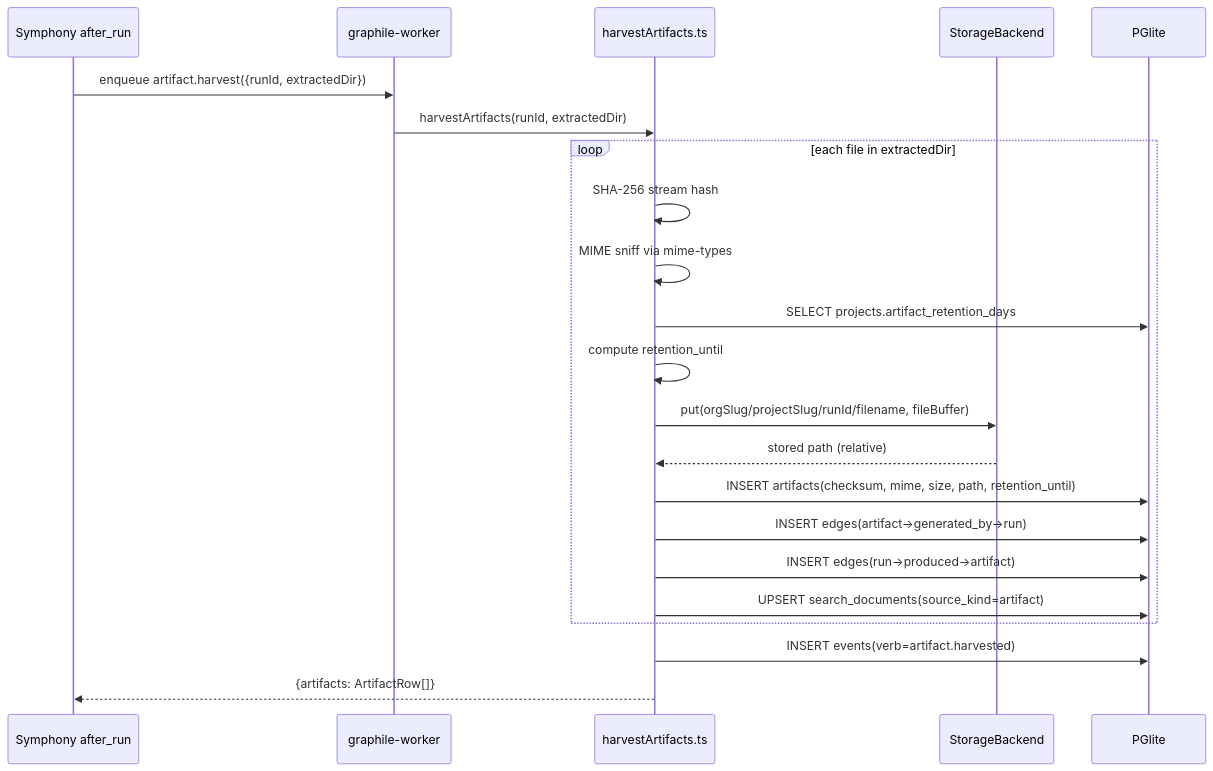
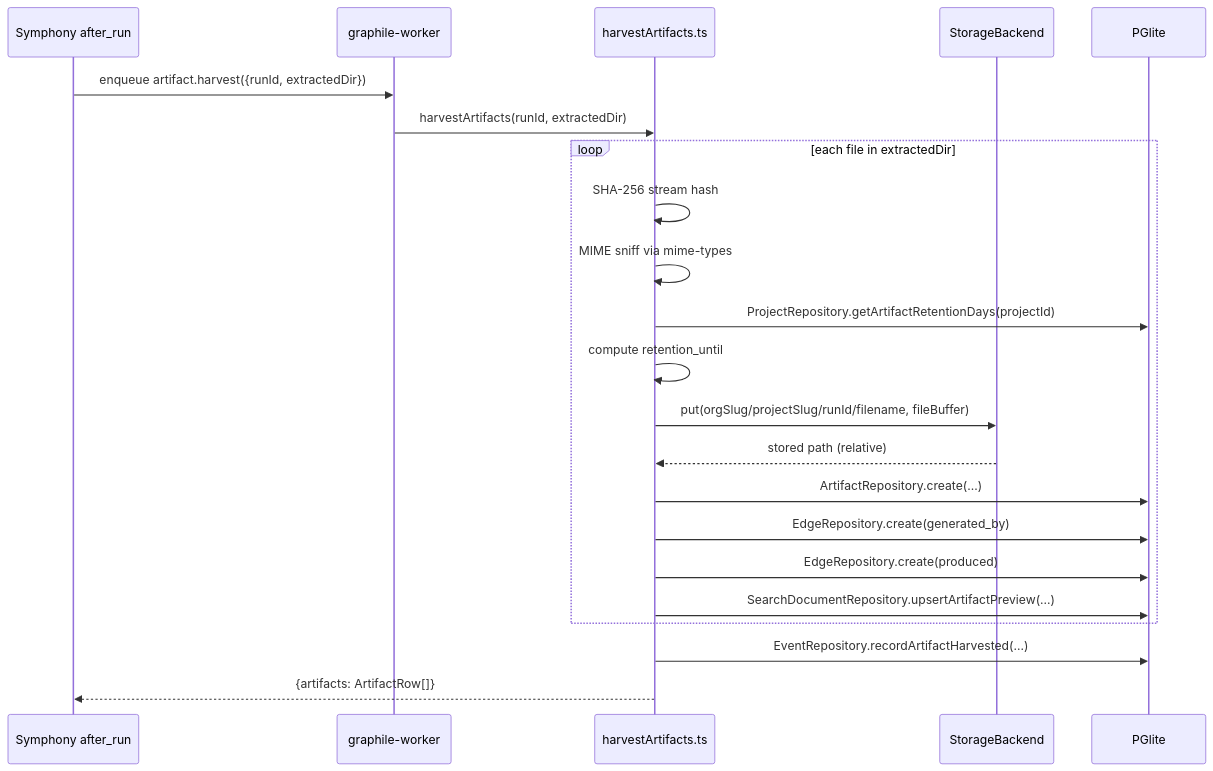
One commit to moabualruz/fulcrum changed the second of 2 diagrams in .scratch/agent-os-vision/prds/10-artifacts.md. Above: the diagram before and after it, drawn with Mermaid. The commit also changed other lines of this file and 20 other files, not shown here.

````diff
--- a/.scratch/agent-os-vision/prds/10-artifacts.md
+++ b/.scratch/agent-os-vision/prds/10-artifacts.md
@@ -211,25 +219,25 @@
 ```mermaid
 sequenceDiagram
     participant SYM as Symphony after_run
     participant GW as graphile-worker
     participant HV as harvestArtifacts.ts
     participant FS as StorageBackend
     participant DB as PGlite
 
     SYM->>GW: enqueue artifact.harvest({runId, extractedDir})
     GW->>HV: harvestArtifacts(runId, extractedDir)
     loop each file in extractedDir
         HV->>HV: SHA-256 stream hash
         HV->>HV: MIME sniff via mime-types
-        HV->>DB: SELECT projects.artifact_retention_days
+        HV->>DB: ProjectRepository.getArtifactRetentionDays(projectId)
         HV->>HV: compute retention_until
         HV->>FS: put(orgSlug/projectSlug/runId/filename, fileBuffer)
         FS-->>HV: stored path (relative)
-        HV->>DB: INSERT artifacts(checksum, mime, size, path, retention_until)
-        HV->>DB: INSERT edges(artifact->generated_by->run)
-        HV->>DB: INSERT edges(run->produced->artifact)
-        HV->>DB: UPSERT search_documents(source_kind=artifact)
+        HV->>DB: ArtifactRepository.create(...)
+        HV->>DB: EdgeRepository.create(generated_by)
+        HV->>DB: EdgeRepository.create(produced)
+        HV->>DB: SearchDocumentRepository.upsertArtifactPreview(...)
     end
-    HV->>DB: INSERT events(verb=artifact.harvested)
+    HV->>DB: EventRepository.recordArtifactHarvested(...)
     HV-->>SYM: {artifacts: ArtifactRow[]}
 ```
````
